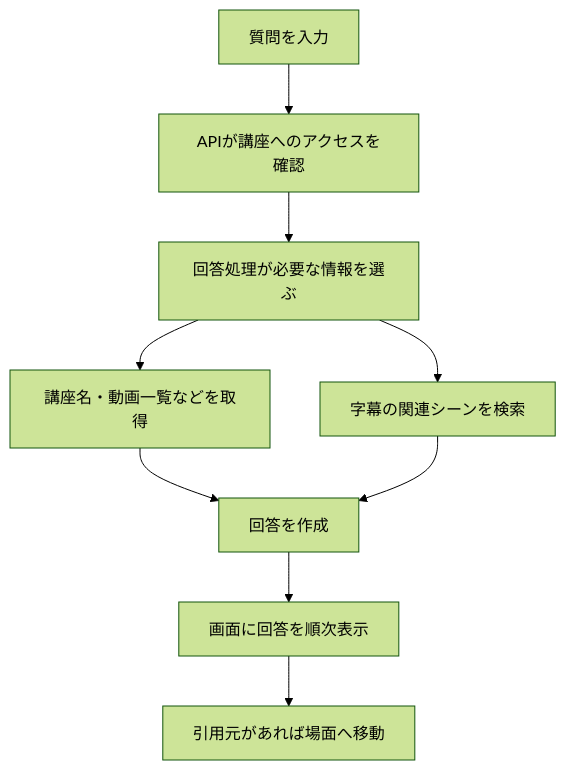
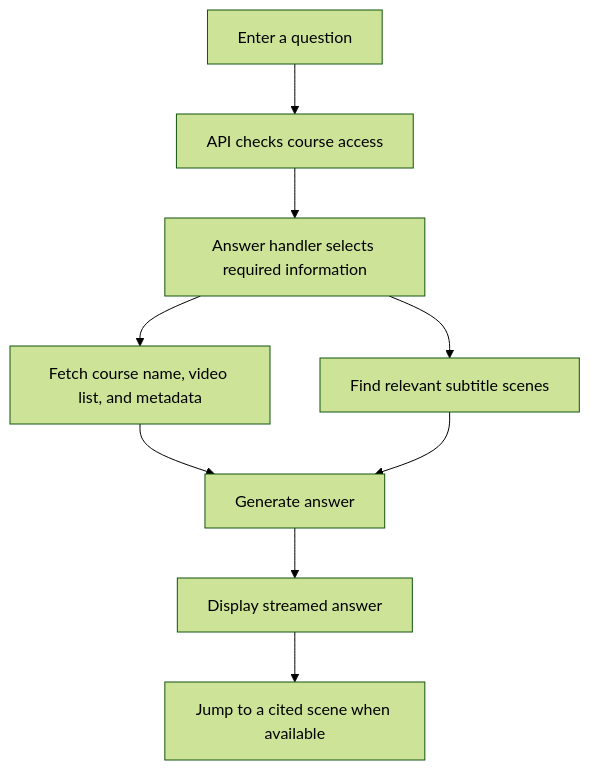
Before and after one commit to yukiharada1228/videoq: the second of 2 diagrams in docs/requirements/activity-diagram.md, drawn with Mermaid (forest theme). The commit also changed other lines of this file and 79 other files, not shown here.

````diff
--- a/docs/requirements/activity-diagram.md
+++ b/docs/requirements/activity-diagram.md
@@ -28,11 +28,11 @@
 ```mermaid
 flowchart TD
-    Ask[質問を入力] --> Access[APIが講座へのアクセスを確認]
-    Access --> Agent[回答処理が必要な情報を選ぶ]
-    Agent --> Meta[講座名・動画一覧などを取得]
-    Agent --> Search[字幕の関連シーンを検索]
-    Meta --> Answer[回答を作成]
+    Ask[Enter a question] --> Access[API checks course access]
+    Access --> Agent[Answer handler selects required information]
+    Agent --> Meta[Fetch course name, video list, and metadata]
+    Agent --> Search[Find relevant subtitle scenes]
+    Meta --> Answer[Generate answer]
     Search --> Answer
-    Answer --> Display[画面に回答を順次表示]
-    Display --> Citation[引用元があれば場面へ移動]
+    Answer --> Display[Display streamed answer]
+    Display --> Citation[Jump to a cited scene when available]
 ```
````
